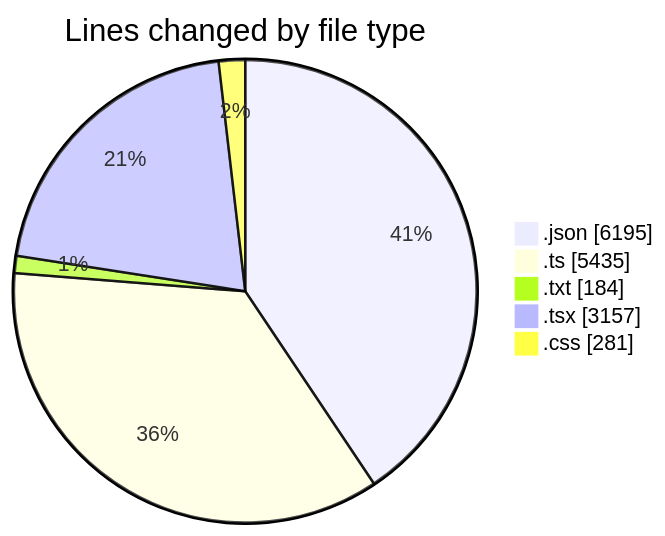
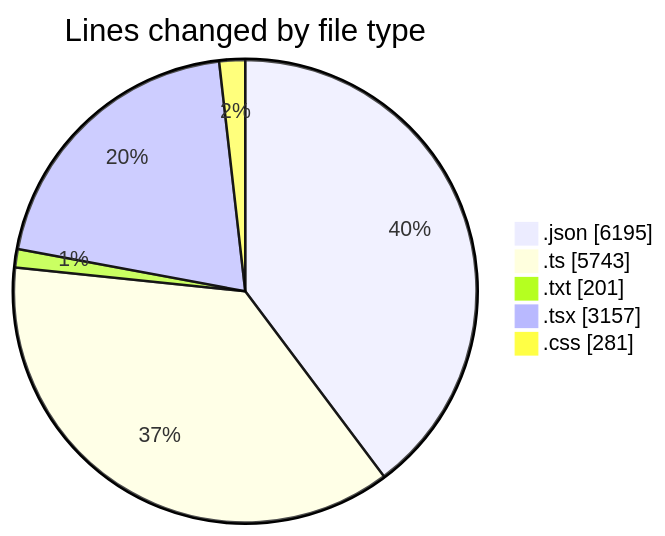
Before and after one commit to CELIANVF/code-tracking: the first of 2 diagrams in 2025-05-27/ecodeli-1/README.md, drawn with Mermaid. The commit also changed other lines of this file and 1 other file, not shown here.

````diff
--- a/2025-05-27/ecodeli-1/README.md
+++ b/2025-05-27/ecodeli-1/README.md
@@ -38,9 +41,9 @@
 ```mermaid
 pie showData
 title Lines changed by file type
 ".json" : 6195
-".ts" : 5435
-".txt" : 184
+".ts" : 5743
+".txt" : 201
 ".tsx" : 3157
 ".css" : 281
 ```
````
